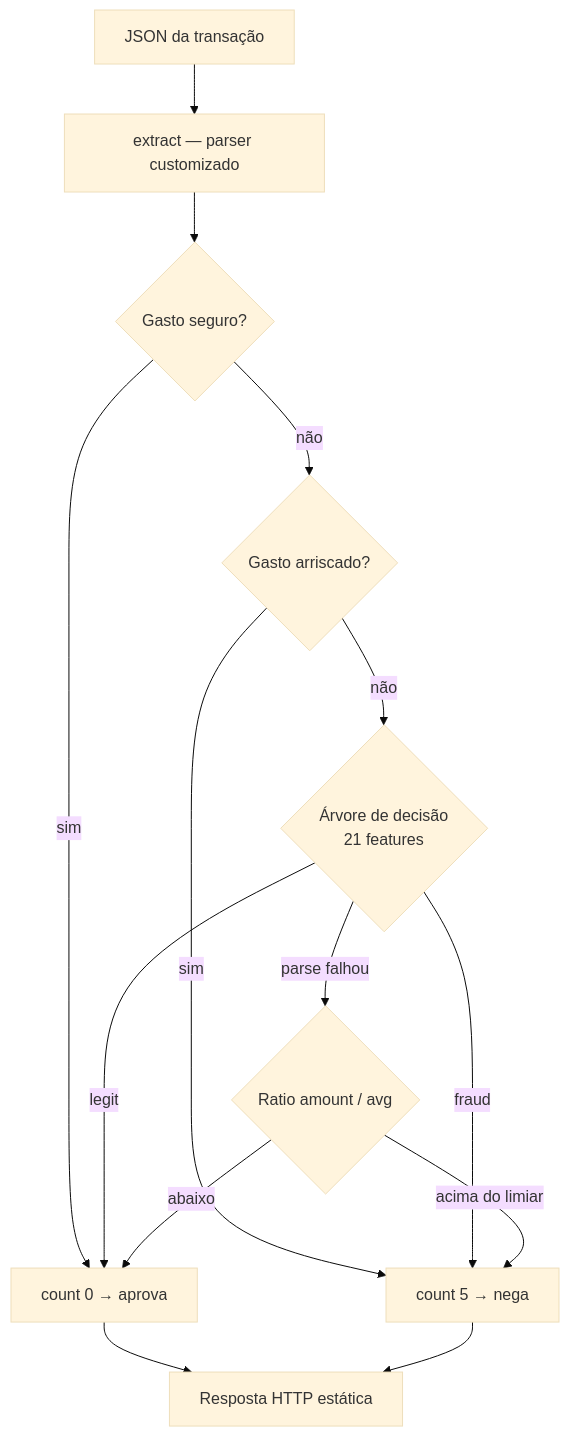
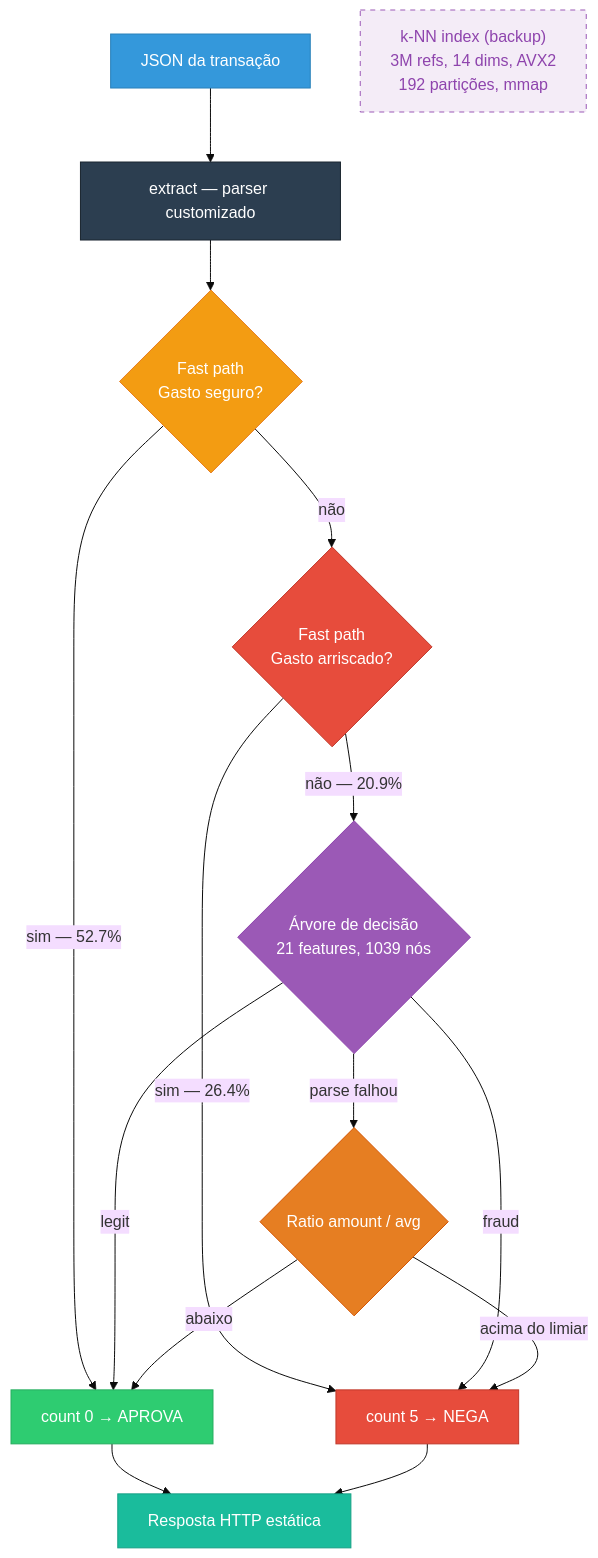
The second of 9 diagrams in README.md (sl4ureano/rinha2026), drawn with Mermaid (base theme) before and after one commit. The commit also changed other lines of this file and 10 other files, not shown here.

````diff
--- a/README.md
+++ b/README.md
@@ -36,16 +57,29 @@
 ```mermaid
 flowchart TD
-    IN[JSON da transação] --> P[extract — parser customizado]
-    P --> L{Gasto seguro?}
-    L -->|sim| A0[count 0 → aprova]
-    L -->|não| F{Gasto arriscado?}
-    F -->|sim| A5[count 5 → nega]
-    F -->|não| T{Árvore de decisão\n21 features}
+    IN["JSON da transação"] --> P["extract — parser customizado"]
+    P --> FP{"Fast path<br/>Gasto seguro?"}
+    FP -->|"sim — 52.7%"| A0["count 0 → APROVA"]
+    FP -->|"não"| FF{"Fast path<br/>Gasto arriscado?"}
+    FF -->|"sim — 26.4%"| A5["count 5 → NEGA"]
+    FF -->|"não — 20.9%"| T{"Árvore de decisão<br/>21 features, 1039 nós"}
     T -->|fraud| A5
     T -->|legit| A0
-    T -->|parse falhou| R{Ratio amount / avg}
-    R -->|acima do limiar| A5
-    R -->|abaixo| A0
-    A0 --> HTTP[Resposta HTTP estática]
+    T -->|"parse falhou"| R{"Ratio amount / avg"}
+    R -->|"acima do limiar"| A5
+    R -->|"abaixo"| A0
+    A0 --> HTTP["Resposta HTTP estática"]
     A5 --> HTTP
+
+    KNN["k-NN index (backup)<br/>3M refs, 14 dims, AVX2<br/>192 partições, mmap"]
+
+    style IN fill:#3498db,color:#fff,stroke:#2980b9
+    style P fill:#2c3e50,color:#fff,stroke:#1a252f
+    style FP fill:#f39c12,color:#fff,stroke:#e67e22
+    style FF fill:#e74c3c,color:#fff,stroke:#c0392b
+    style T fill:#9b59b6,color:#fff,stroke:#8e44ad
+    style R fill:#e67e22,color:#fff,stroke:#d35400
+    style A0 fill:#2ecc71,color:#fff,stroke:#27ae60
+    style A5 fill:#e74c3c,color:#fff,stroke:#c0392b
+    style HTTP fill:#1abc9c,color:#fff,stroke:#16a085
+    style KNN fill:#f4ecf7,color:#8e44ad,stroke:#9b59b6,stroke-dasharray: 5 5
 ```
````
